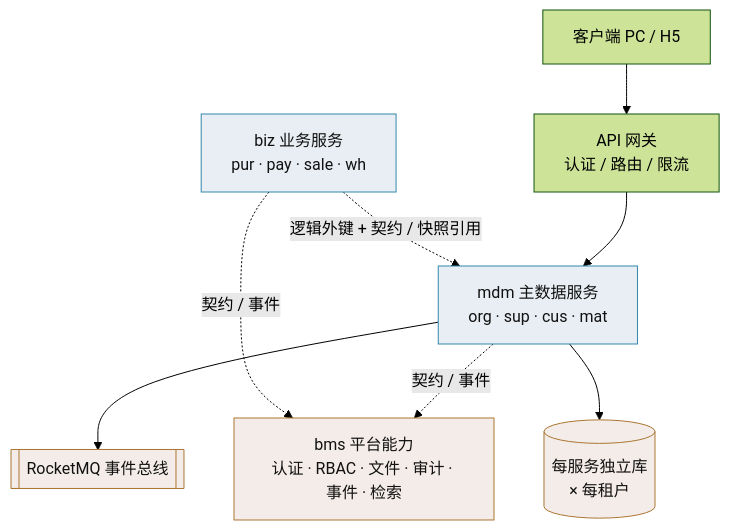
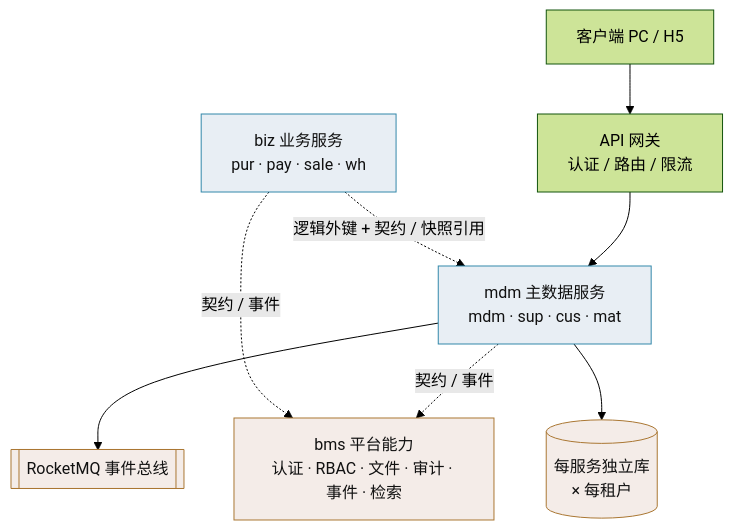
One commit to minjian123/master-data-management changed the diagram in mdm文档/设计/架构设计/01_架构设计_总览.md. Above: the diagram before and after it, drawn with Mermaid (forest theme). The commit also changed other lines of this file and 314 other files, not shown here.

Commit message:
refactor(命名): 全仓 org 统一为 mdm（目录/模块键/能力名/常量/文档）

````diff
--- a/mdm文档/设计/架构设计/01_架构设计_总览.md
+++ b/mdm文档/设计/架构设计/01_架构设计_总览.md
@@ -15,14 +15,14 @@
 ```mermaid
 flowchart TB
     C[客户端 PC / H5] --> GW["API 网关<br/>认证 / 路由 / 限流"]
-    GW --> MDM["mdm 主数据服务<br/>org · sup · cus · mat"]
+    GW --> MDM["mdm 主数据服务<br/>mdm · sup · cus · mat"]
     BIZ["biz 业务服务<br/>pur · pay · sale · wh"] -. "逻辑外键 + 契约 / 快照引用" .-> MDM
     MDM -. "契约 / 事件" .-> PLAT["bms 平台能力<br/>认证 · RBAC · 文件 · 审计 · 事件 · 检索"]
     BIZ -. "契约 / 事件" .-> PLAT
     MDM --> MQ[["RocketMQ 事件总线"]]
     MDM --> DB[("每服务独立库<br/>× 每租户")]
     classDef svc fill:#e8eef4,stroke:#38a,color:#111
     classDef prod fill:#f4ece8,stroke:#a73,color:#111
     class MDM,BIZ svc
     class PLAT,MQ,DB prod
 ```
````
